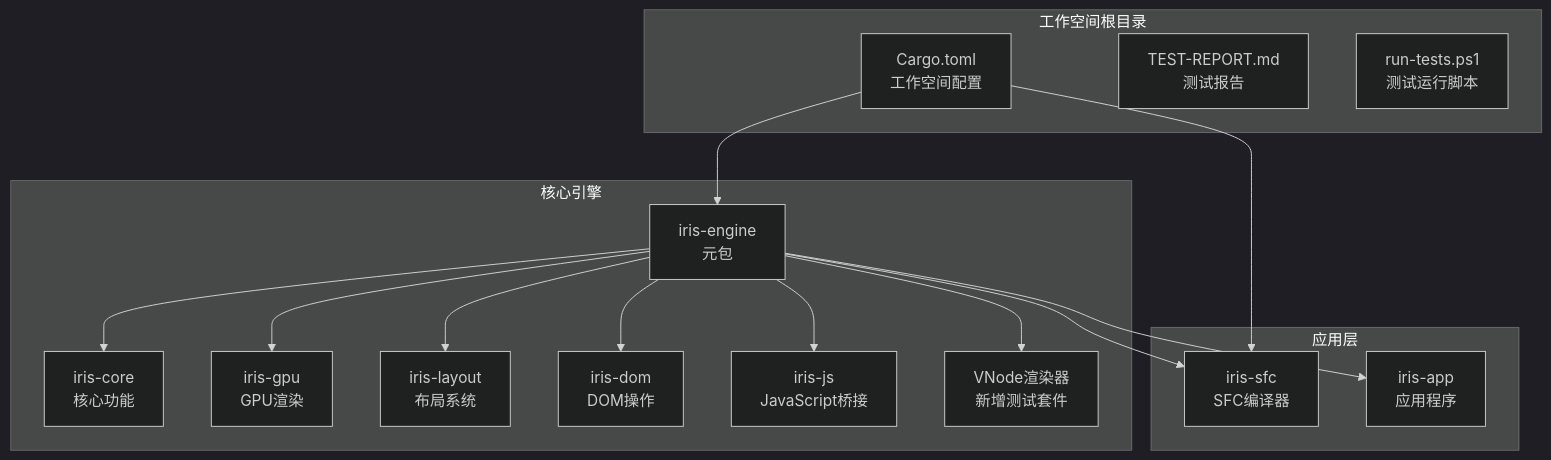
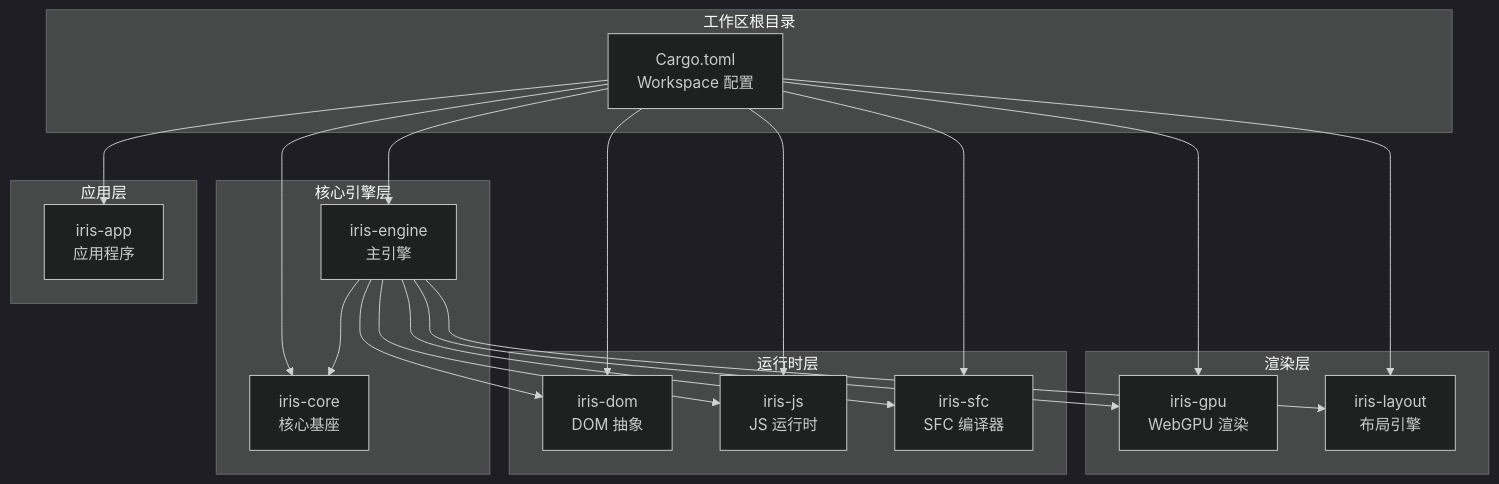
The first of 8 diagrams in .qoder/repowiki/zh/content/核心功能特性/工程化与商业化能力/测试框架与基础设施/测试框架与基础设施.md (itszzl-sudo/iris), drawn with Mermaid (dark theme) before and after one commit. The commit also changed other lines of this file and 4 other files, not shown here.

````diff
--- a/.qoder/repowiki/zh/content/核心功能特性/工程化与商业化能力/测试框架与基础设施/测试框架与基础设施.md
+++ b/.qoder/repowiki/zh/content/核心功能特性/工程化与商业化能力/测试框架与基础设施/测试框架与基础设施.md
@@ -62,31 +38,36 @@
 ```mermaid
 graph TB
-subgraph "工作空间根目录"
-WS[Cargo.toml<br/>工作空间配置]
-TR[TEST-REPORT.md<br/>测试报告]
-RT[run-tests.ps1<br/>测试运行脚本]
+subgraph "工作区根目录"
+WS[Cargo.toml<br/>Workspace 配置]
 end
-subgraph "核心引擎"
-IE[iris-engine<br/>元包]
-IC[iris-core<br/>核心功能]
-IG[iris-gpu<br/>GPU渲染]
-IL[iris-layout<br/>布局系统]
-ID[iris-dom<br/>DOM操作]
-IJS[iris-js<br/>JavaScript桥接]
-IENG[VNode渲染器<br/>新增测试套件]
+subgraph "核心引擎层"
+ENGINE[iris-engine<br/>主引擎]
+CORE[iris-core<br/>核心基座]
+end
+subgraph "渲染层"
+GPU[iris-gpu<br/>WebGPU 渲染]
+LAYOUT[iris-layout<br/>布局引擎]
+end
+subgraph "运行时层"
+DOM[iris-dom<br/>DOM 抽象]
+JS[iris-js<br/>JS 运行时]
+SFC[iris-sfc<br/>SFC 编译器]
 end
 subgraph "应用层"
-ISFC[iris-sfc<br/>SFC编译器]
-IAPP[iris-app<br/>应用程序]
+APP[iris-app<br/>应用程序]
 end
-WS --> IE
-WS --> ISFC
-IE --> IC
-IE --> IG
-IE --> IL
-IE --> ID
-IE --> IJS
-IE --> ISFC
-IE --> IAPP
-IE --> IENG
+WS --> ENGINE
+WS --> CORE
+WS --> GPU
+WS --> LAYOUT
+WS --> DOM
+WS --> JS
+WS --> SFC
+WS --> APP
+ENGINE --> CORE
+ENGINE --> GPU
+ENGINE --> LAYOUT
+ENGINE --> DOM
+ENGINE --> JS
+ENGINE --> SFC
 ```
````
